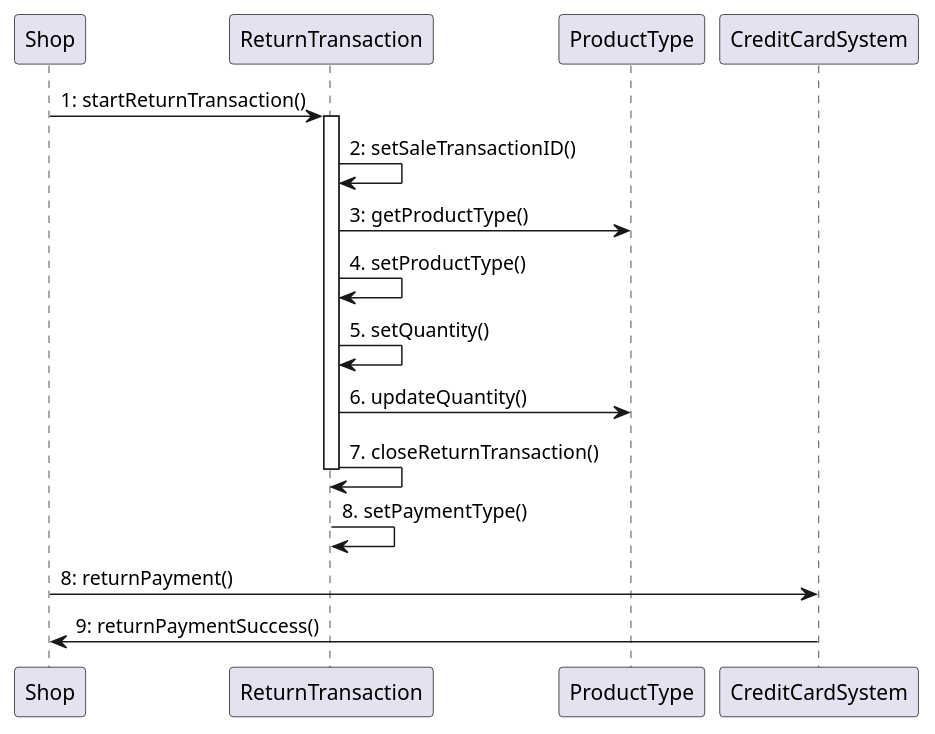
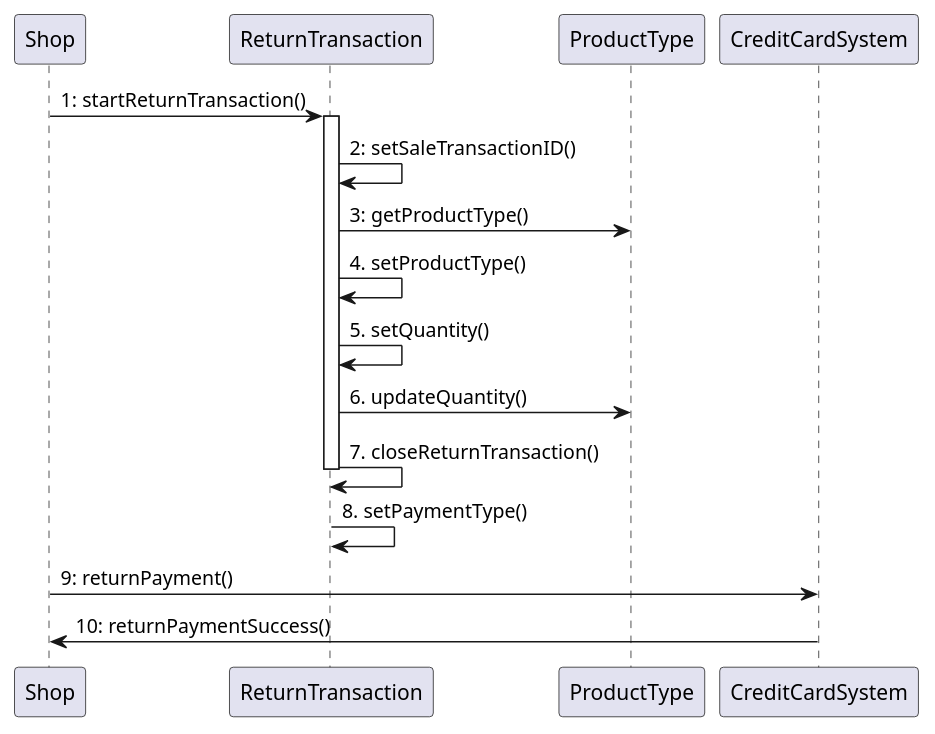
One commit to GrayNeel/SoftEngProject-EZShop changed the fifth of 5 diagrams in Deliverables/DesignDocument.md. Above: the diagram before and after it, drawn with PlantUML. The commit also changed other lines of this file and 1 other file, not shown here.

Commit message:
fix: fixed designDocument

````diff
--- a/Deliverables/DesignDocument.md
+++ b/Deliverables/DesignDocument.md
@@ -256,16 +257,16 @@
 ```plantuml
 @startuml
 Shop -> ReturnTransaction : 1: startReturnTransaction()
 activate ReturnTransaction
 ReturnTransaction -> ReturnTransaction : 2: setSaleTransactionID()
 ReturnTransaction -> ProductType : 3: getProductType()
 ReturnTransaction -> ReturnTransaction : 4. setProductType()
 ReturnTransaction -> ReturnTransaction : 5. setQuantity()
 ReturnTransaction -> ProductType : 6. updateQuantity()
 ReturnTransaction -> ReturnTransaction : 7. closeReturnTransaction()
 deactivate ReturnTransaction
 ReturnTransaction -> ReturnTransaction : 8. setPaymentType()
-Shop -> CreditCardSystem : 8: returnPayment()
-Shop <- CreditCardSystem : 9: returnPaymentSuccess()
+Shop -> CreditCardSystem : 9: returnPayment()
+Shop <- CreditCardSystem : 10: returnPaymentSuccess()
 @enduml
 ```
````
